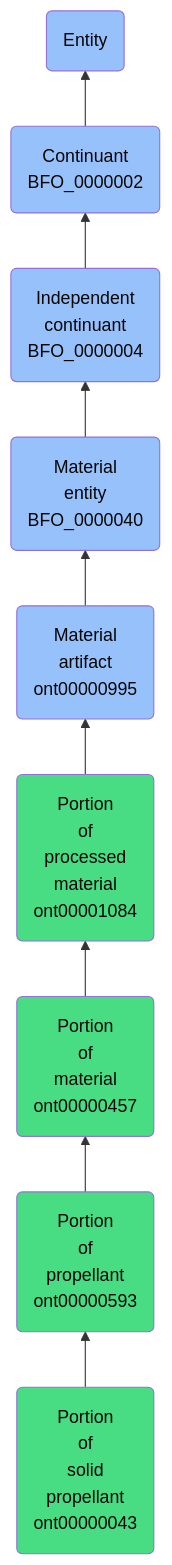
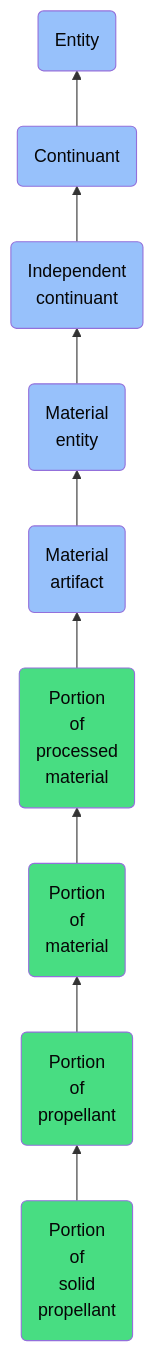
One commit to jupyter-naas/abi changed the diagram in docs/ontology/reference/model/Entity/Continuant/Independent continuant/Material entity/Material artifact/Portion of processed material/Portion of material/Portion of propellant/Portion of solid propellant/Portion of solid propellant.md. Above: the diagram before and after it, drawn with Mermaid. The commit also changed other lines of this file and 1430 other files, not shown here.

````diff
--- a/docs/ontology/reference/model/Entity/Continuant/Independent continuant/Material entity/Material artifact/Portion of processed material/Portion of material/Portion of propellant/Portion of solid propellant/Portion of solid propellant.md
+++ b/docs/ontology/reference/model/Entity/Continuant/Independent continuant/Material entity/Material artifact/Portion of processed material/Portion of material/Portion of propellant/Portion of solid propellant/Portion of solid propellant.md
@@ -24,16 +24,16 @@
 ```mermaid
 graph BT
-    ont00000043(Portion<br>of<br>solid<br>propellant<br>ont00000043):::ABI-->ont00000593
-    ont00000593(Portion<br>of<br>propellant<br>ont00000593):::ABI-->ont00000457
-    ont00000457(Portion<br>of<br>material<br>ont00000457):::ABI-->ont00001084
-    ont00001084(Portion<br>of<br>processed<br>material<br>ont00001084):::ABI-->ont00000995
-    ont00000995(Material<br>artifact<br>ont00000995):::BFO-->BFO_0000040
-    BFO_0000040(Material<br>entity<br>BFO_0000040):::BFO-->BFO_0000004
-    BFO_0000004(Independent<br>continuant<br>BFO_0000004):::BFO-->BFO_0000002
-    BFO_0000002(Continuant<br>BFO_0000002):::BFO-->BFO_0000001
+    ont00000043(Portion<br>of<br>solid<br>propellant):::ABI-->ont00000593
+    ont00000593(Portion<br>of<br>propellant):::ABI-->ont00000457
+    ont00000457(Portion<br>of<br>material):::ABI-->ont00001084
+    ont00001084(Portion<br>of<br>processed<br>material):::ABI-->ont00000995
+    ont00000995(Material<br>artifact):::BFO-->BFO_0000040
+    BFO_0000040(Material<br>entity):::BFO-->BFO_0000004
+    BFO_0000004(Independent<br>continuant):::BFO-->BFO_0000002
+    BFO_0000002(Continuant):::BFO-->BFO_0000001
     BFO_0000001(Entity):::BFO
     
     classDef BFO fill:#97c1fb,color:#060606
     classDef CCO fill:#e4c51e,color:#060606
     classDef ABI fill:#48DD82,color:#060606
 ```
````
